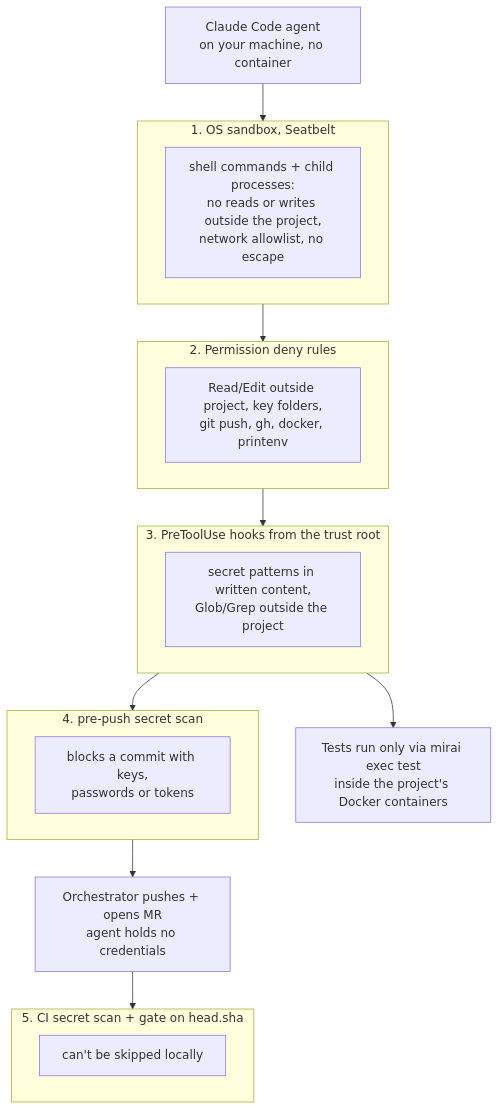
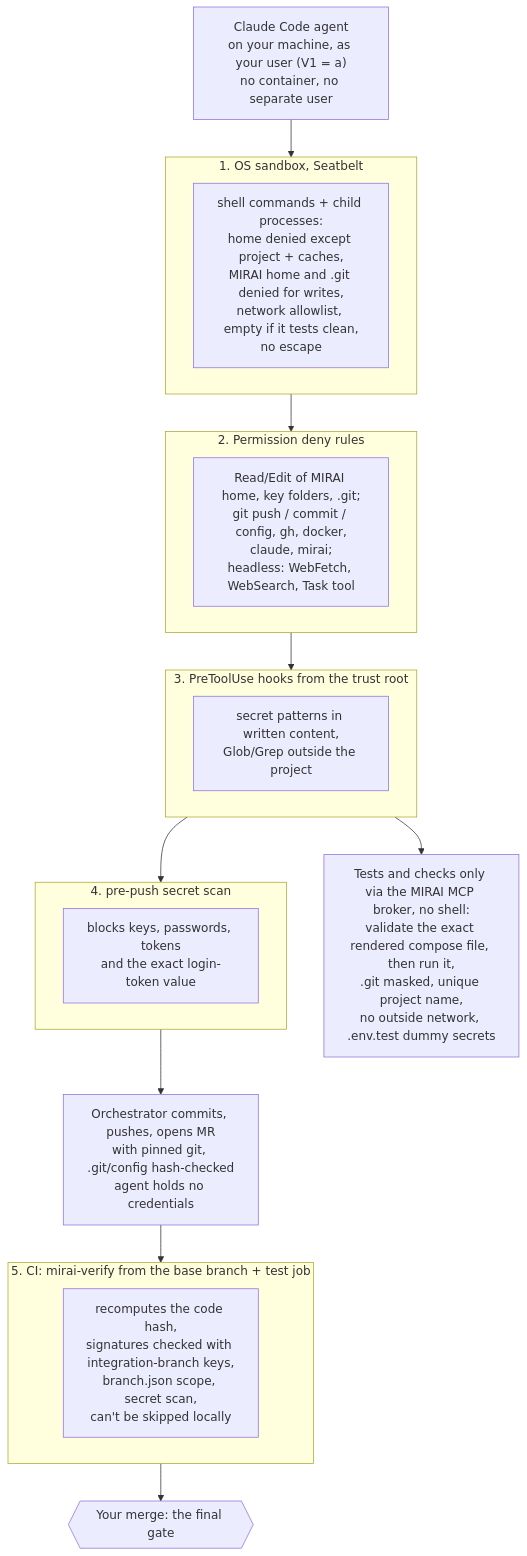
One commit to jetmirhaxhisefa/mirai changed the sixth of 12 diagrams in design/02-architecture-diagram.md. Above: the diagram before and after it, drawn with Mermaid. The commit also changed other lines of this file and 22 other files, not shown here.

````diff
--- a/design/02-architecture-diagram.md
+++ b/design/02-architecture-diagram.md
@@ -308,25 +371,26 @@
 ```mermaid
 flowchart TD
-    AGT["Claude Code agent<br/>on your machine, no container"] --> L1
+    AGT["Claude Code agent<br/>on your machine, as your user (V1 = a)<br/>no container, no separate user"] --> L1
     subgraph L1 ["1. OS sandbox, Seatbelt"]
-        SB1["shell commands + child processes:<br/>no reads or writes outside the project,<br/>network allowlist, no escape"]
+        SB1["shell commands + child processes:<br/>home denied except project + caches,<br/>MIRAI home and .git denied for writes,<br/>network allowlist, empty if it tests clean,<br/>no escape"]
     end
     L1 --> L2
     subgraph L2 ["2. Permission deny rules"]
-        SB2["Read/Edit outside project, key folders,<br/>git push, gh, docker, printenv"]
+        SB2["Read/Edit of MIRAI home, key folders, .git;<br/>git push / commit / config, gh, docker,<br/>claude, mirai;<br/>headless: WebFetch, WebSearch, Task tool"]
     end
     L2 --> L3
     subgraph L3 ["3. PreToolUse hooks from the trust root"]
         SB3["secret patterns in written content,<br/>Glob/Grep outside the project"]
     end
-    L3 --> TST["Tests run only via mirai exec test<br/>inside the project's Docker containers"]
+    L3 --> TST["Tests and checks only via the MIRAI MCP broker, no shell:<br/>validate the exact rendered compose file, then run it,<br/>.git masked, unique project name,<br/>no outside network, .env.test dummy secrets"]
     L3 --> L4
     subgraph L4 ["4. pre-push secret scan"]
-        SB4["blocks a commit with keys,<br/>passwords or tokens"]
+        SB4["blocks keys, passwords, tokens<br/>and the exact login-token value"]
     end
-    L4 --> PUSH["Orchestrator pushes + opens MR<br/>agent holds no credentials"]
+    L4 --> PUSH["Orchestrator commits, pushes, opens MR<br/>with pinned git, .git/config hash-checked<br/>agent holds no credentials"]
     PUSH --> L5
-    subgraph L5 ["5. CI secret scan + gate on head.sha"]
-        SB5["can't be skipped locally"]
+    subgraph L5 ["5. CI: mirai-verify from the base branch + test job"]
+        SB5["recomputes the code hash,<br/>signatures checked with integration-branch keys,<br/>branch.json scope, secret scan,<br/>can't be skipped locally"]
     end
+    L5 --> MRG{{"Your merge: the final gate"}}
 ```
````
